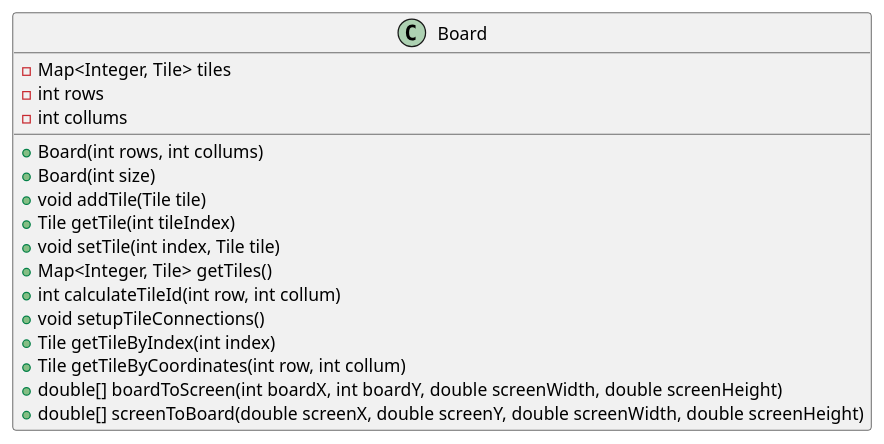
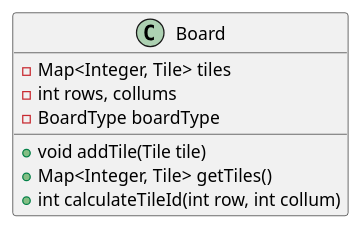
The diagram in diagram/models/Board.puml (Oleandertengesdal/IDATT2003-MAPPE), drawn with PlantUML before and after one commit. The commit also changed 7 other files, not shown here.

First line of the commit message:
Created diagrams

```diff
--- a/diagram/models/Board.puml
+++ b/diagram/models/Board.puml
@@ -1,19 +1,11 @@
 @startuml
 class Board {
     - Map<Integer, Tile> tiles
-    - int rows
-    - int collums
-    + Board(int rows, int collums)
-    + Board(int size)
+    - int rows, collums
+    - BoardType boardType
     + void addTile(Tile tile)
-    + Tile getTile(int tileIndex)
-    + void setTile(int index, Tile tile)
     + Map<Integer, Tile> getTiles()
     + int calculateTileId(int row, int collum)
-    + void setupTileConnections()
-    + Tile getTileByIndex(int index)
-    + Tile getTileByCoordinates(int row, int collum)
-    + double[] boardToScreen(int boardX, int boardY, double screenWidth, double screenHeight)
-    + double[] screenToBoard(double screenX, double screenY, double screenWidth, double screenHeight)
+
 }
 @enduml
```
